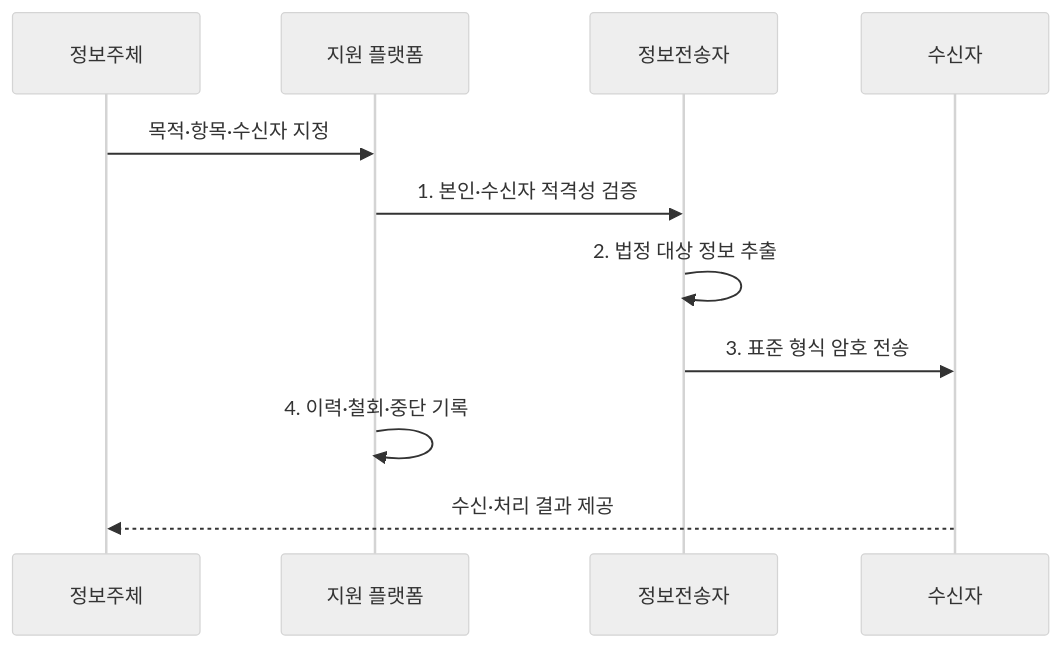
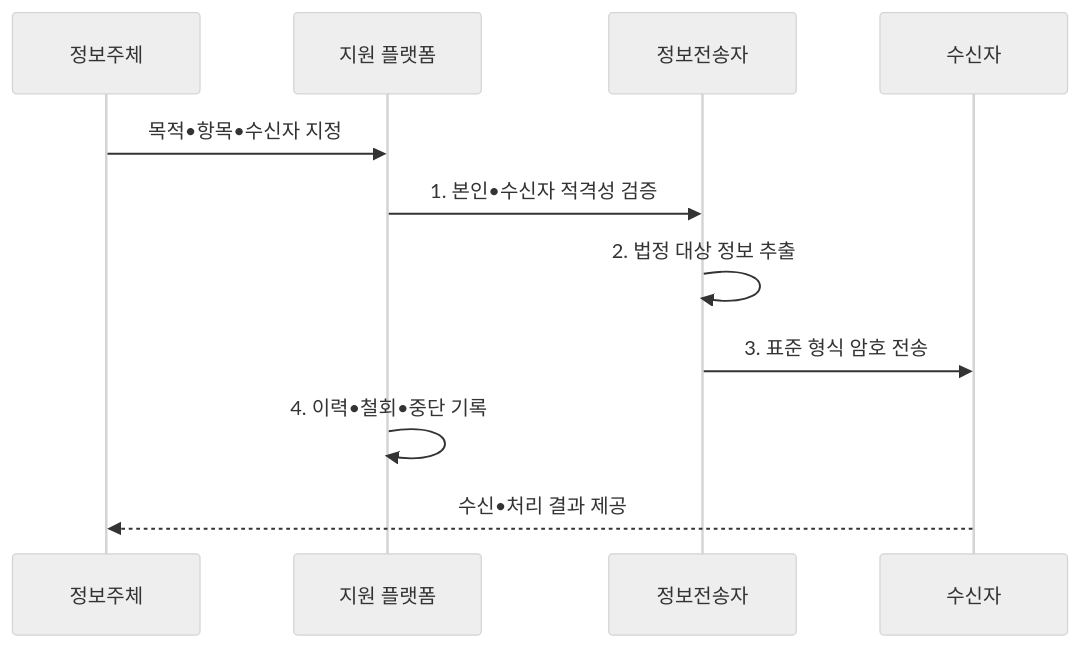
Before and after one commit to agnusdei1207/knowledge-base: the second of 2 diagrams in src/content/docs/notes/05-security/096_data_portability_mydata.md, drawn with Mermaid (neutral theme). The commit also changed other lines of this file and 953 other files, not shown here.

````diff
--- a/src/content/docs/notes/05-security/096_data_portability_mydata.md
+++ b/src/content/docs/notes/05-security/096_data_portability_mydata.md
@@ -98,13 +98,13 @@
 ```mermaid
 sequenceDiagram
     participant U as 정보주체
     participant P as 지원 플랫폼
     participant H as 정보전송자
     participant R as 수신자
-    U->>P: 목적·항목·수신자 지정
-    P->>H: 1. 본인·수신자 적격성 검증
+    U->>P: 목적•항목•수신자 지정
+    P->>H: 1. 본인•수신자 적격성 검증
     H->>H: 2. 법정 대상 정보 추출
     H->>R: 3. 표준 형식 암호 전송
-    P->>P: 4. 이력·철회·중단 기록
-    R-->>U: 수신·처리 결과 제공
+    P->>P: 4. 이력•철회•중단 기록
+    R-->>U: 수신•처리 결과 제공
 ```
````
